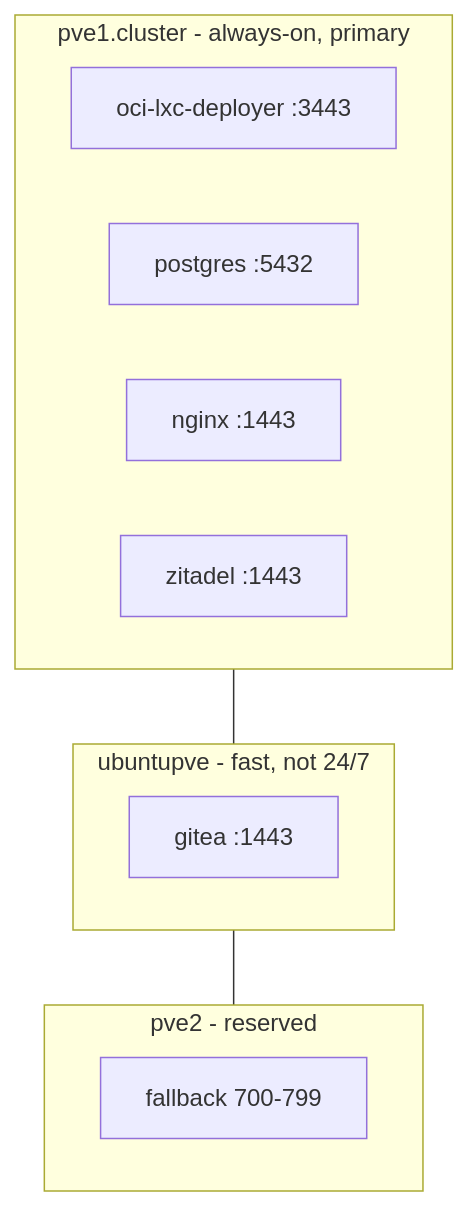
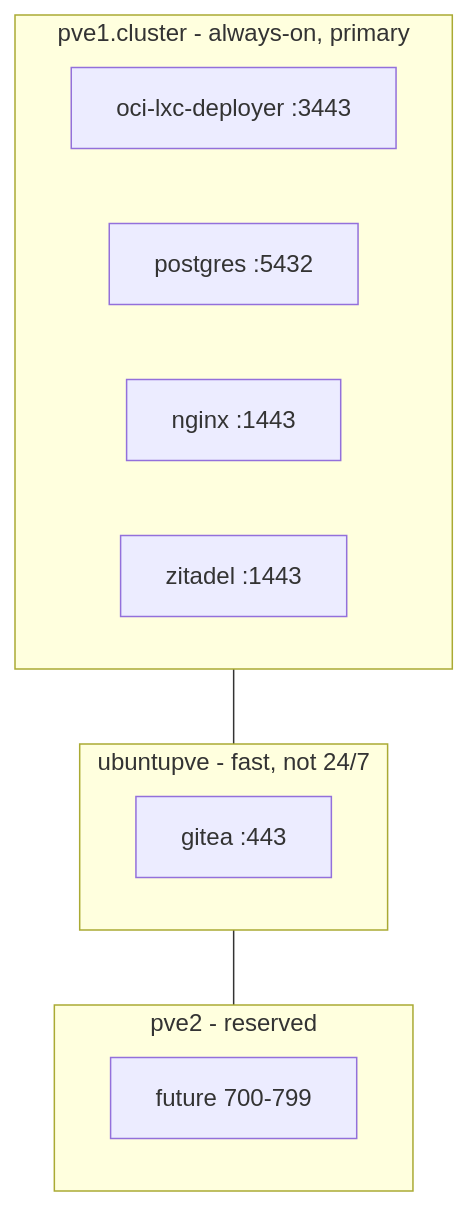
The first of 4 diagrams in production/INFRASTRUCTURE.md (proxvex/proxvex), drawn with Mermaid before and after one commit. The commit also changed other lines of this file and 2 other files, not shown here.

````diff
--- a/production/INFRASTRUCTURE.md
+++ b/production/INFRASTRUCTURE.md
@@ -8,20 +8,20 @@
 ```mermaid
 graph TB
     subgraph pve1["pve1.cluster - always-on, primary"]
         deployer[oci-lxc-deployer :3443]
         postgres[postgres :5432]
         nginx[nginx :1443]
         zitadel[zitadel :1443]
     end
 
     subgraph ubuntupve["ubuntupve - fast, not 24/7"]
-        gitea[gitea :1443]
+        gitea[gitea :443]
     end
 
     subgraph pve2["pve2 - reserved"]
-        future[fallback 700-799]
+        future[future 700-799]
     end
 
     pve1 --- ubuntupve
     ubuntupve --- pve2
 ```
````
